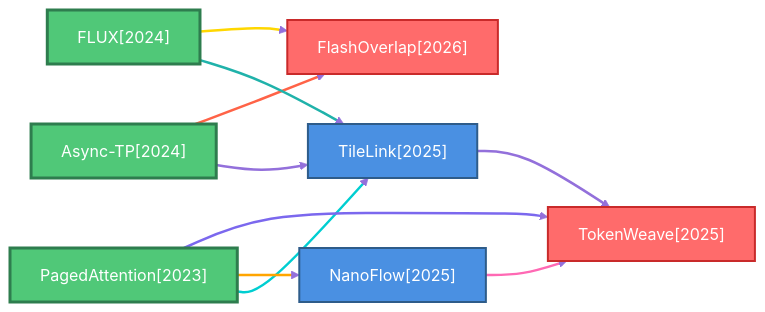
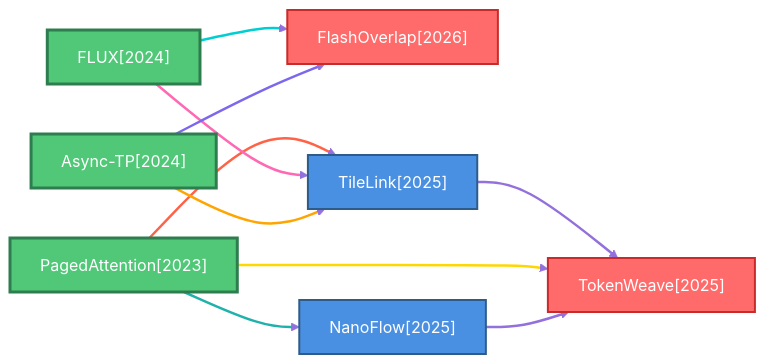
Before and after one commit to hustzxd/EfficientPaper: the first of 6 diagrams in docs/baseline_methods_graph.md, drawn with Mermaid. The commit also changed other lines of this file and 53 other files, not shown here.

````diff
--- a/docs/baseline_methods_graph.md
+++ b/docs/baseline_methods_graph.md
@@ -11,41 +11,41 @@
 ```mermaid
 flowchart LR
     classDef defaultNode fill:#4A90E2,stroke:#2E5C8A,stroke-width:2px,color:#fff
     classDef rootNode fill:#50C878,stroke:#2E7D4E,stroke-width:3px,color:#fff
     classDef leafNode fill:#FF6B6B,stroke:#C92A2A,stroke-width:2px,color:#fff
     linkStyle default stroke:#9370DB,stroke-width:2px
 
+    2026_FlashOverlap["FlashOverlap[2026]"]
+    class 2026_FlashOverlap leafNode
+    2025_TileLink["TileLink[2025]"]
+    class 2025_TileLink defaultNode
+    2023_PagedAttention["PagedAttention[2023]"]
+    class 2023_PagedAttention rootNode
+    2024_FLUX["FLUX[2024]"]
+    class 2024_FLUX rootNode
     2024_Async_TP["Async-TP[2024]"]
     class 2024_Async_TP rootNode
-    2024_FLUX["FLUX[2024]"]
-    class 2024_FLUX rootNode
     2025_NanoFlow["NanoFlow[2025]"]
     class 2025_NanoFlow defaultNode
-    2023_PagedAttention["PagedAttention[2023]"]
-    class 2023_PagedAttention rootNode
-    2026_FlashOverlap["FlashOverlap[2026]"]
-    class 2026_FlashOverlap leafNode
     2025_TokenWeave["TokenWeave[2025]"]
     class 2025_TokenWeave leafNode
-    2025_TileLink["TileLink[2025]"]
-    class 2025_TileLink defaultNode
 
+    2025_TileLink ==>|" "| 2025_TokenWeave
+    linkStyle 0 stroke:#9370DB,stroke-width:2.5px
+    2023_PagedAttention ==>|" "| 2025_TileLink
+    linkStyle 1 stroke:#FF6347,stroke-width:2.5px
+    2023_PagedAttention ==>|" "| 2025_NanoFlow
+    linkStyle 2 stroke:#20B2AA,stroke-width:2.5px
+    2023_PagedAttention ==>|" "| 2025_TokenWeave
+    linkStyle 3 stroke:#FFD700,stroke-width:2.5px
+    2024_FLUX ==>|" "| 2025_TileLink
+    linkStyle 4 stroke:#FF69B4,stroke-width:2.5px
+    2024_FLUX ==>|" "| 2026_FlashOverlap
+    linkStyle 5 stroke:#00CED1,stroke-width:2.5px
     2024_Async_TP ==>|" "| 2025_TileLink
-    linkStyle 0 stroke:#9370DB,stroke-width:2.5px
+    linkStyle 6 stroke:#FFA500,stroke-width:2.5px
     2024_Async_TP ==>|" "| 2026_FlashOverlap
-    linkStyle 1 stroke:#FF6347,stroke-width:2.5px
-    2024_FLUX ==>|" "| 2025_TileLink
-    linkStyle 2 stroke:#20B2AA,stroke-width:2.5px
-    2024_FLUX ==>|" "| 2026_FlashOverlap
-    linkStyle 3 stroke:#FFD700,stroke-width:2.5px
+    linkStyle 7 stroke:#7B68EE,stroke-width:2.5px
     2025_NanoFlow ==>|" "| 2025_TokenWeave
-    linkStyle 4 stroke:#FF69B4,stroke-width:2.5px
-    2023_PagedAttention ==>|" "| 2025_TileLink
-    linkStyle 5 stroke:#00CED1,stroke-width:2.5px
-    2023_PagedAttention ==>|" "| 2025_NanoFlow
-    linkStyle 6 stroke:#FFA500,stroke-width:2.5px
-    2023_PagedAttention ==>|" "| 2025_TokenWeave
-    linkStyle 7 stroke:#7B68EE,stroke-width:2.5px
-    2025_TileLink ==>|" "| 2025_TokenWeave
     linkStyle 8 stroke:#9370DB,stroke-width:2.5px
 ```
````
